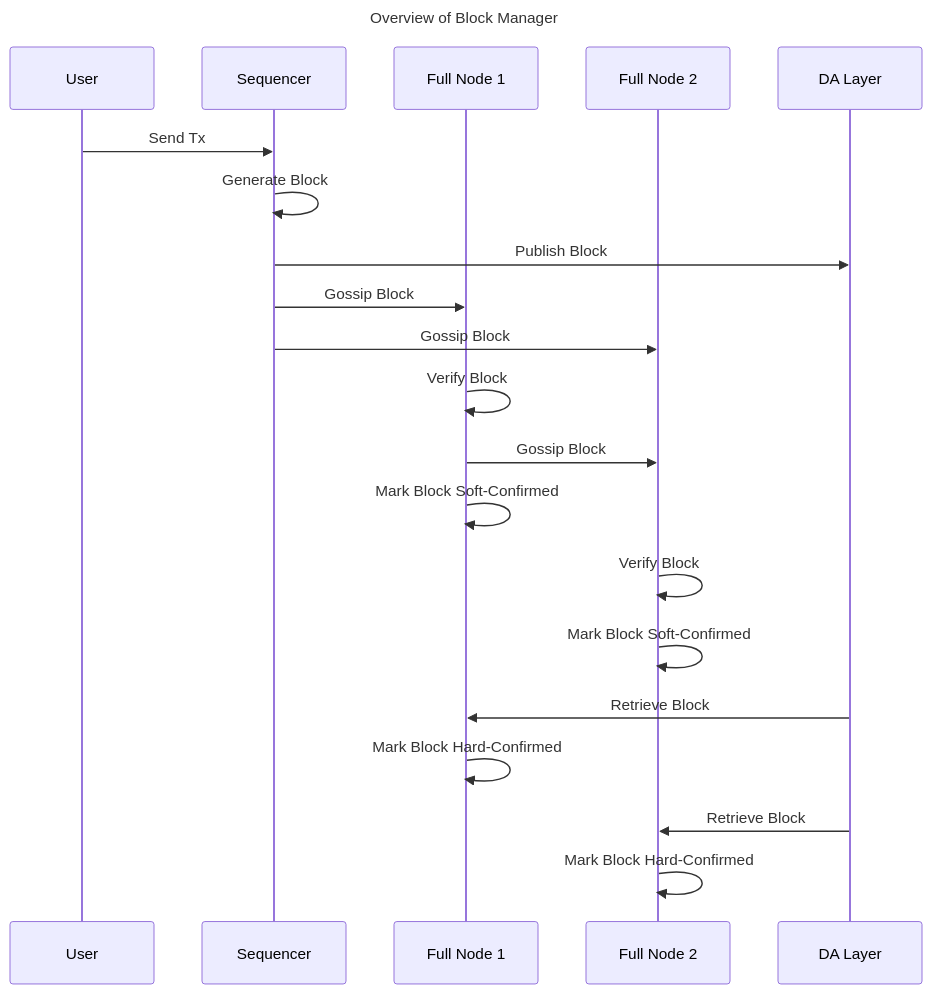
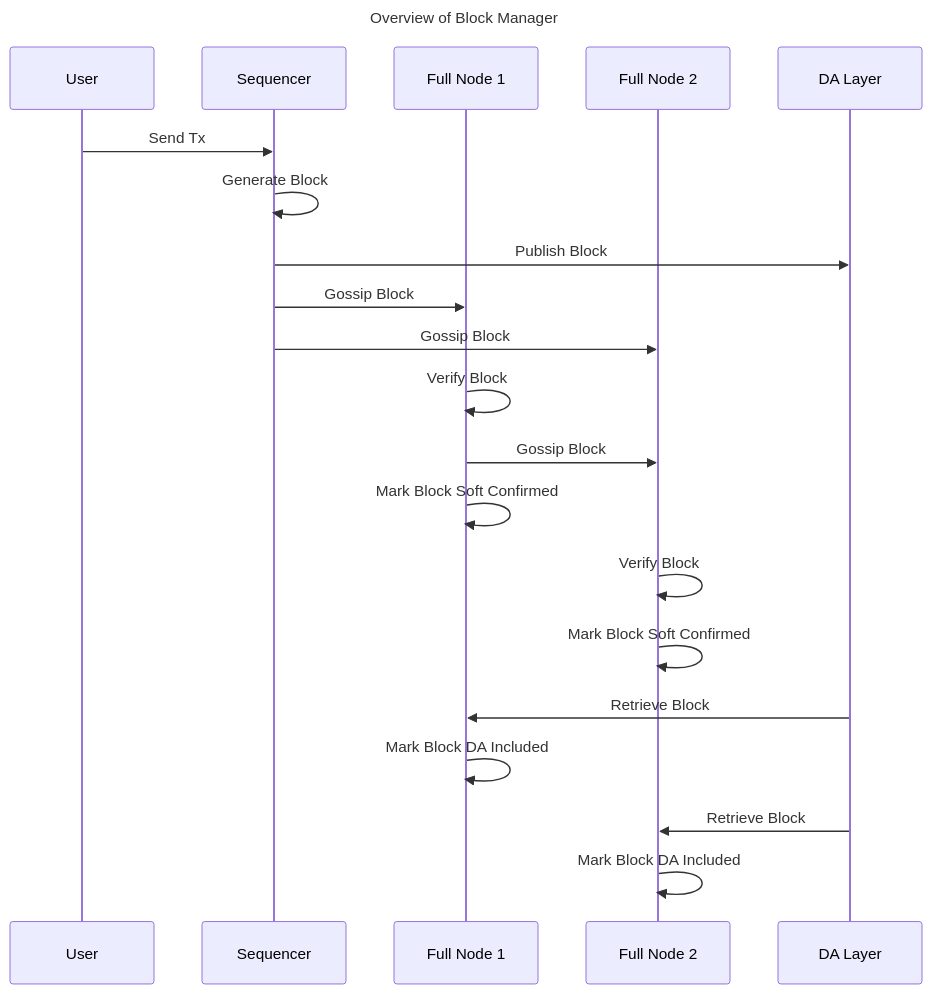
One commit to rollkit/rollkit changed the diagram in block/block-manager.md. Above: the diagram before and after it, drawn with Mermaid. The commit also changed other lines of this file and 5 other files, not shown here.

Commit message:
Change hard confirmed to DA Included and update specs

````diff
--- a/block/block-manager.md
+++ b/block/block-manager.md
@@ -15,29 +15,29 @@
 ```mermaid
 sequenceDiagram
     title Overview of Block Manager
 
     participant User
     participant Sequencer
     participant Full Node 1
     participant Full Node 2
     participant DA Layer
 
     User->>Sequencer: Send Tx
     Sequencer->>Sequencer: Generate Block
     Sequencer->>DA Layer: Publish Block
 
     Sequencer->>Full Node 1: Gossip Block
     Sequencer->>Full Node 2: Gossip Block
     Full Node 1->>Full Node 1: Verify Block
     Full Node 1->>Full Node 2: Gossip Block
-    Full Node 1->>Full Node 1: Mark Block Soft-Confirmed
+    Full Node 1->>Full Node 1: Mark Block Soft Confirmed
 
     Full Node 2->>Full Node 2: Verify Block
-    Full Node 2->>Full Node 2: Mark Block Soft-Confirmed
+    Full Node 2->>Full Node 2: Mark Block Soft Confirmed
 
     DA Layer->>Full Node 1: Retrieve Block
-    Full Node 1->>Full Node 1: Mark Block Hard-Confirmed
+    Full Node 1->>Full Node 1: Mark Block DA Included
 
     DA Layer->>Full Node 2: Retrieve Block
-    Full Node 2->>Full Node 2: Mark Block Hard-Confirmed
+    Full Node 2->>Full Node 2: Mark Block DA Included
 ```
````
